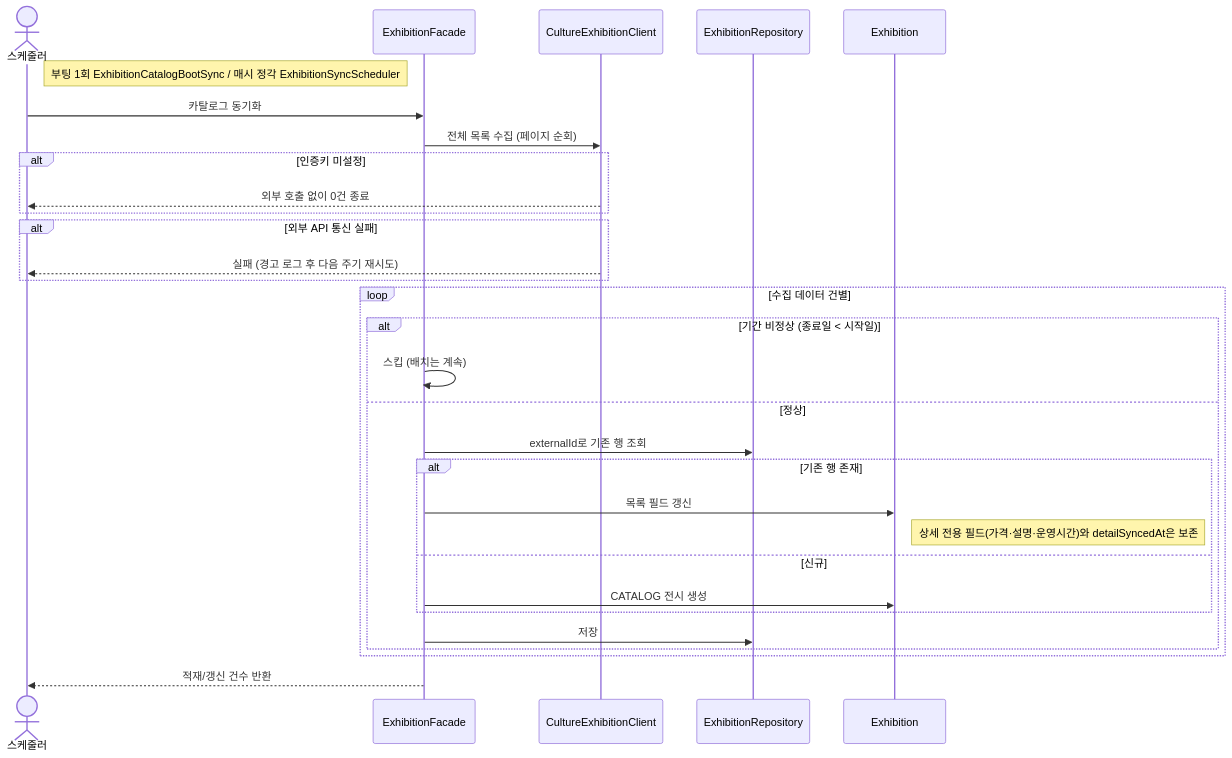
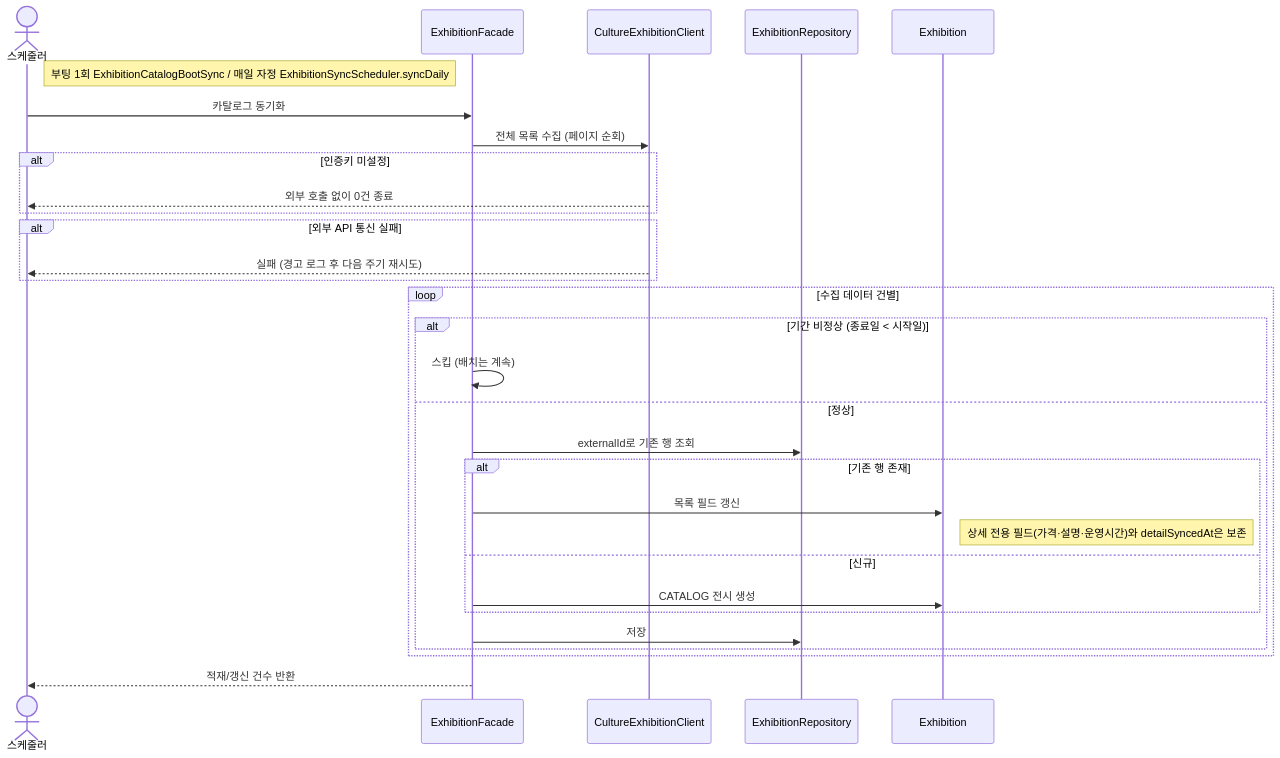
Before and after one commit to team-modi/yeowun-backend: the diagram in docs/sequence-diagram/exhibition/05-카탈로그-동기화.md, drawn with Mermaid. The commit also changed other lines of this file and 4 other files, not shown here.

````diff
--- a/docs/sequence-diagram/exhibition/05-카탈로그-동기화.md
+++ b/docs/sequence-diagram/exhibition/05-카탈로그-동기화.md
@@ -10,36 +10,36 @@
 ```mermaid
 sequenceDiagram
     actor 스케줄러
     participant ExhibitionFacade
     participant CultureExhibitionClient
     participant ExhibitionRepository
     participant Exhibition
 
-    Note right of 스케줄러: 부팅 1회 ExhibitionCatalogBootSync / 매시 정각 ExhibitionSyncScheduler
+    Note right of 스케줄러: 부팅 1회 ExhibitionCatalogBootSync / 매일 자정 ExhibitionSyncScheduler.syncDaily
 
     스케줄러->>ExhibitionFacade: 카탈로그 동기화
     ExhibitionFacade->>CultureExhibitionClient: 전체 목록 수집 (페이지 순회)
     alt 인증키 미설정
         CultureExhibitionClient-->>스케줄러: 외부 호출 없이 0건 종료
     end
     alt 외부 API 통신 실패
         CultureExhibitionClient-->>스케줄러: 실패 (경고 로그 후 다음 주기 재시도)
     end
 
     loop 수집 데이터 건별
         alt 기간 비정상 (종료일 < 시작일)
             ExhibitionFacade->>ExhibitionFacade: 스킵 (배치는 계속)
         else 정상
             ExhibitionFacade->>ExhibitionRepository: externalId로 기존 행 조회
             alt 기존 행 존재
                 ExhibitionFacade->>Exhibition: 목록 필드 갱신
                 Note right of Exhibition: 상세 전용 필드(가격·설명·운영시간)와 detailSyncedAt은 보존
             else 신규
                 ExhibitionFacade->>Exhibition: CATALOG 전시 생성
             end
             ExhibitionFacade->>ExhibitionRepository: 저장
         end
     end
 
     ExhibitionFacade-->>스케줄러: 적재/갱신 건수 반환
 ```
````
